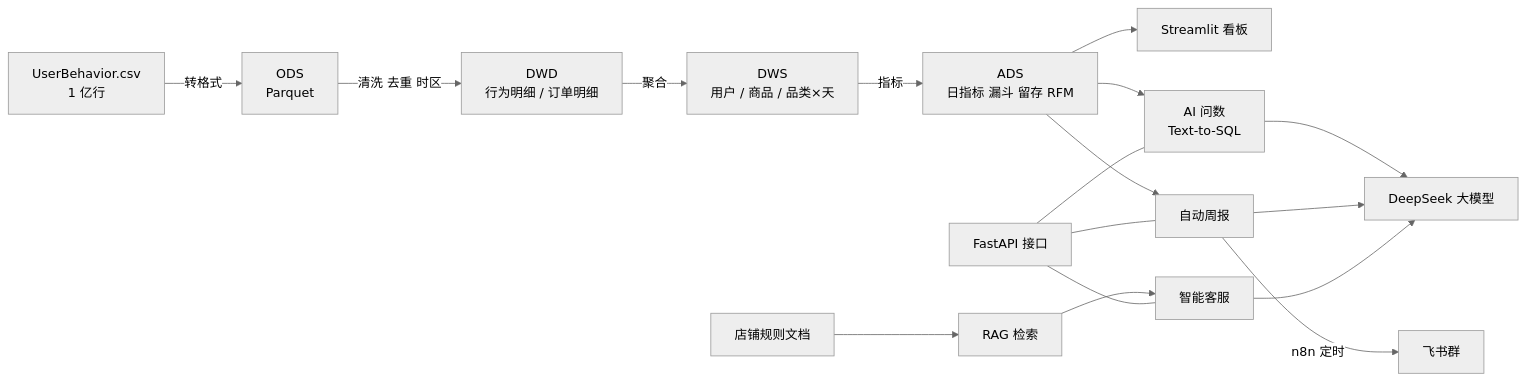
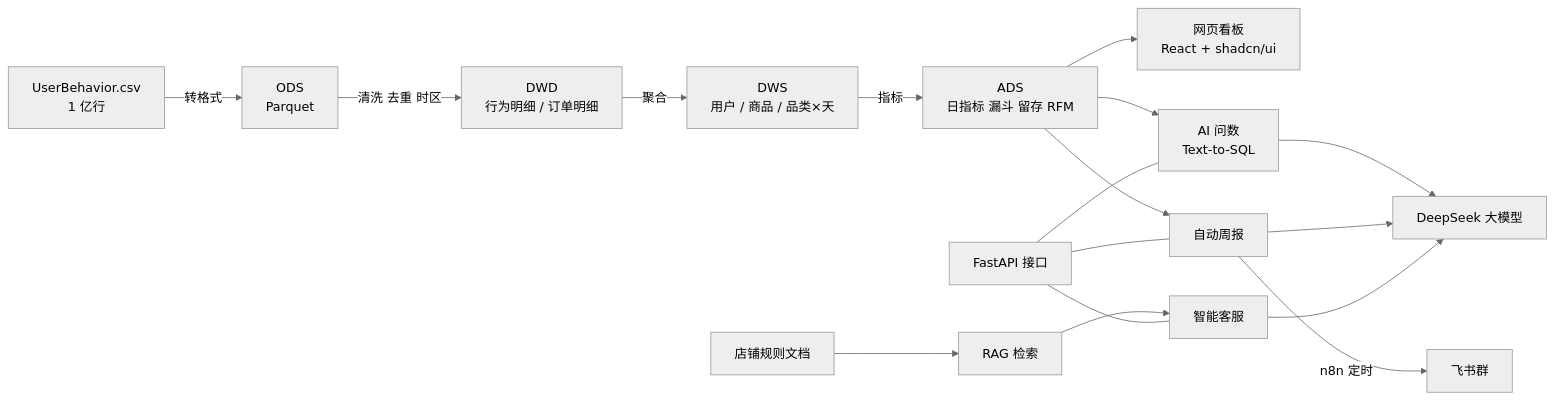
The diagram in README.md (Lt0226-Win/ecom-ai-assistant), drawn with Mermaid (neutral theme) before and after one commit. The commit also changed other lines of this file and 116 other files, not shown here.

````diff
--- a/README.md
+++ b/README.md
@@ -23,13 +23,13 @@
 ```mermaid
 flowchart LR
     A[UserBehavior.csv<br/>1 亿行] -->|转格式| B[ODS<br/>Parquet]
     B -->|清洗 去重 时区| C[DWD<br/>行为明细 / 订单明细]
     C -->|聚合| D[DWS<br/>用户 / 商品 / 品类×天]
     D -->|指标| E[ADS<br/>日指标 漏斗 留存 RFM]
-    E --> F[Streamlit 看板]
+    E --> F[网页看板<br/>React + shadcn/ui]
     E --> G[AI 问数<br/>Text-to-SQL]
     E --> H[自动周报] -->|n8n 定时| I[飞书群]
     J[店铺规则文档] --> K[RAG 检索] --> L[智能客服]
     G & H & L --> M[DeepSeek 大模型]
     N[FastAPI 接口] --- G & H & L
 ```
````
